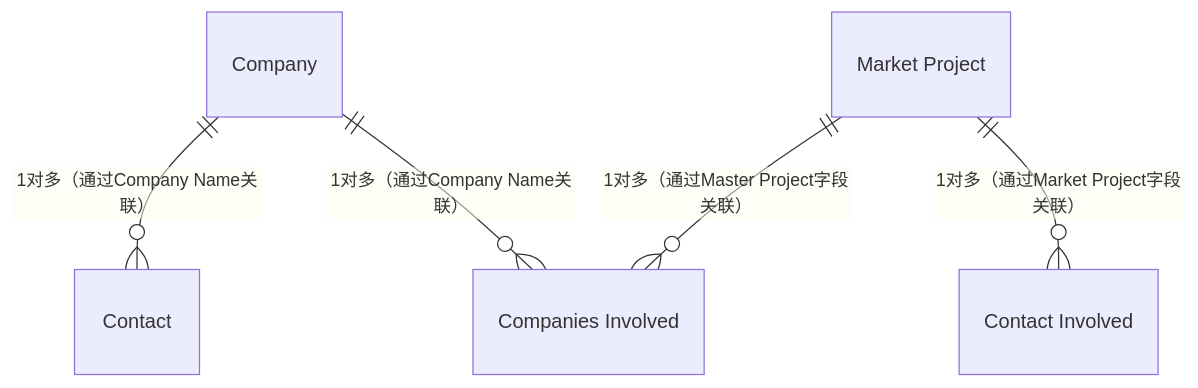
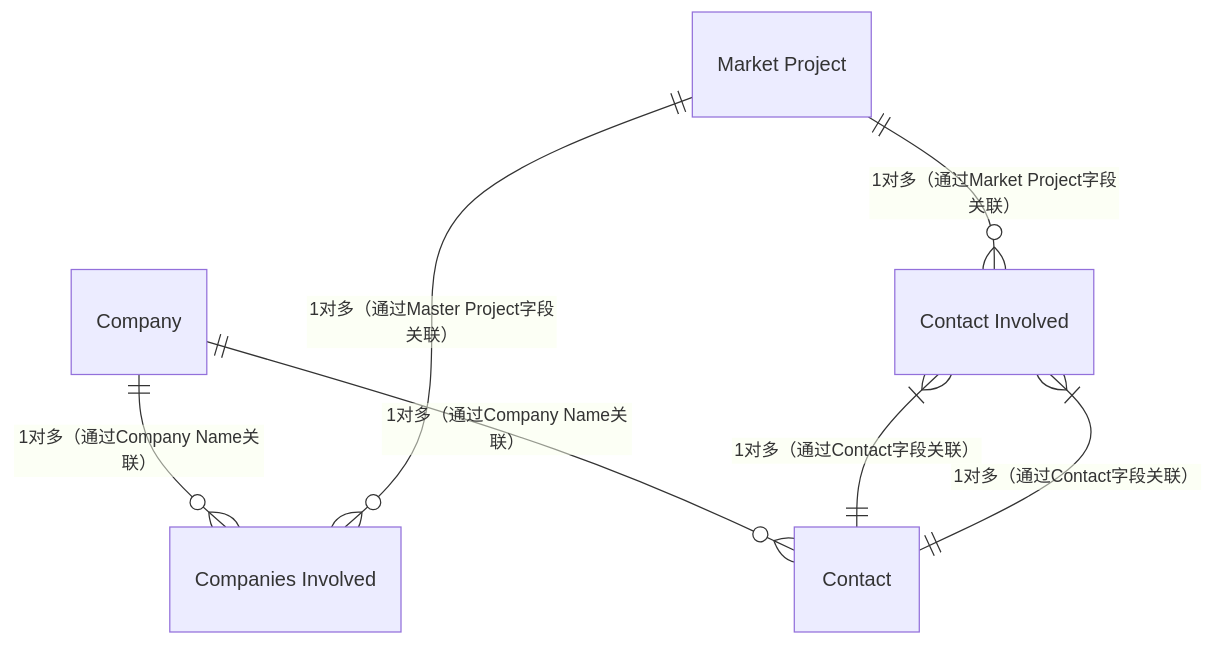
The diagram in all/Norden数据E-R图(7个对象，+contact).md (zhangziru-33/iodraw-files), drawn with Mermaid before and after one commit.

Commit message:
2025-12-04 14:08:33 update

````diff
--- a/all/Norden数据E-R图(7个对象，+contact).md
+++ b/all/Norden数据E-R图(7个对象，+contact).md
@@ -1,14 +1,15 @@
 ```mermaid
 erDiagram
- Company ||--o{ "Contact" : "1对多（通过Company Name关联）"
+    Company ||--o{ "Contact" : "1对多（通过Company Name关联）"
     Company ||--o{ "Companies Involved" : "1对多（通过Company Name关联）"
     %% Company ||--o{ "PV Product" : "1对多（通过Company字段关联）"
-    
+    "Contact Involved" }|--|| "Contact" : "1对多（通过Contact字段关联）"
    
     "Market Project" ||--o{ "Companies Involved" : "1对多（通过Master Project字段关联）"
     "Market Project" ||--o{ "Contact Involved" : "1对多（通过Market Project字段关联）"
+    "Contact Involved" }|--|| "Contact" : "1对多（通过Contact字段关联）"
     %% "Market Project" ||--o{ "MP Product" : "1对多（通过Market Project字段关联）"
     %% "MP Product" }|--|| "PV Product" : "多对1（通过产品参数关联，如Frame Material）"
    
     %% Contact ||--o{ "Conatct Involved" : "1对多（通过Conatct字段关联）"
 ```
````
